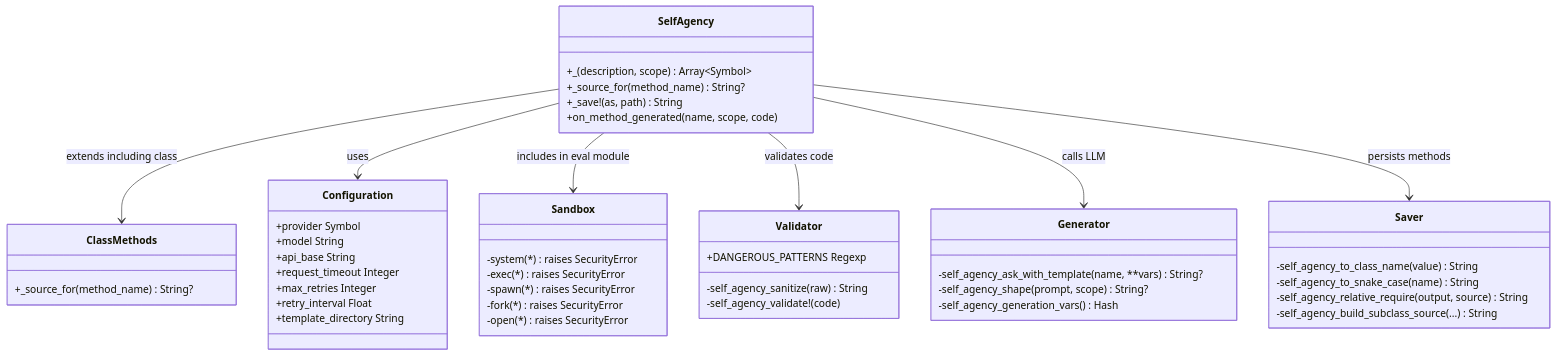
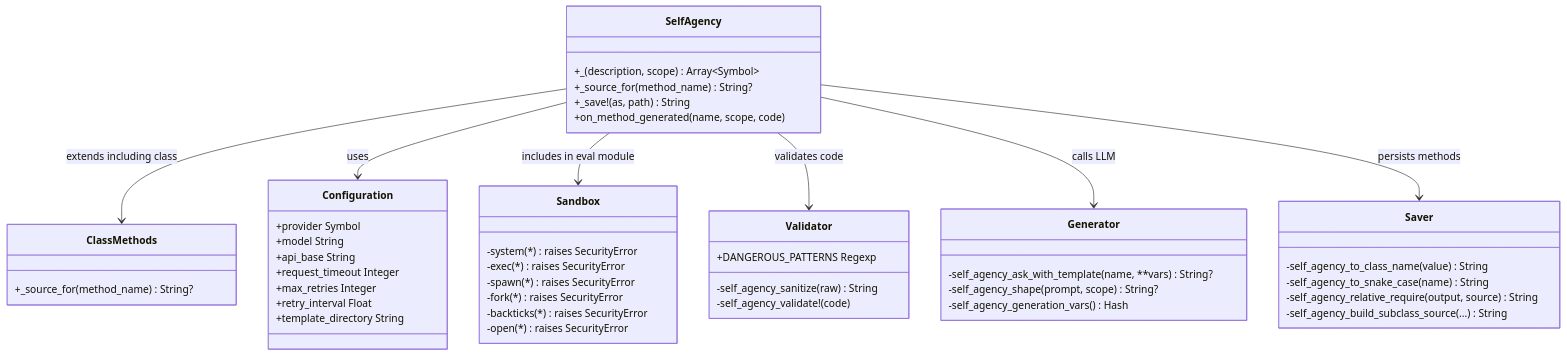
Before and after one commit to MadBomber/self_agency: the second of 2 diagrams in docs/architecture/overview.md, drawn with Mermaid. The commit also changed other lines of this file and 9 other files, not shown here.

````diff
--- a/docs/architecture/overview.md
+++ b/docs/architecture/overview.md
@@ -81,57 +81,58 @@
 ```mermaid
 classDiagram
     class SelfAgency {
         +_(description, scope) Array~Symbol~
         +_source_for(method_name) String?
         +_save!(as, path) String
         +on_method_generated(name, scope, code)
     }
 
     class ClassMethods {
         +_source_for(method_name) String?
     }
 
     class Configuration {
         +provider Symbol
         +model String
         +api_base String
         +request_timeout Integer
         +max_retries Integer
         +retry_interval Float
         +template_directory String
     }
 
     class Sandbox {
         -system(*) raises SecurityError
         -exec(*) raises SecurityError
         -spawn(*) raises SecurityError
         -fork(*) raises SecurityError
+        -backticks(*) raises SecurityError
         -open(*) raises SecurityError
     }
 
     class Validator {
         +DANGEROUS_PATTERNS Regexp
         -self_agency_sanitize(raw) String
         -self_agency_validate!(code)
     }
 
     class Generator {
         -self_agency_ask_with_template(name, **vars) String?
         -self_agency_shape(prompt, scope) String?
         -self_agency_generation_vars() Hash
     }
 
     class Saver {
         -self_agency_to_class_name(value) String
         -self_agency_to_snake_case(name) String
         -self_agency_relative_require(output, source) String
         -self_agency_build_subclass_source(...) String
     }
 
     SelfAgency --> ClassMethods : extends including class
     SelfAgency --> Configuration : uses
     SelfAgency --> Sandbox : includes in eval module
     SelfAgency --> Validator : validates code
     SelfAgency --> Generator : calls LLM
     SelfAgency --> Saver : persists methods
 ```
````
